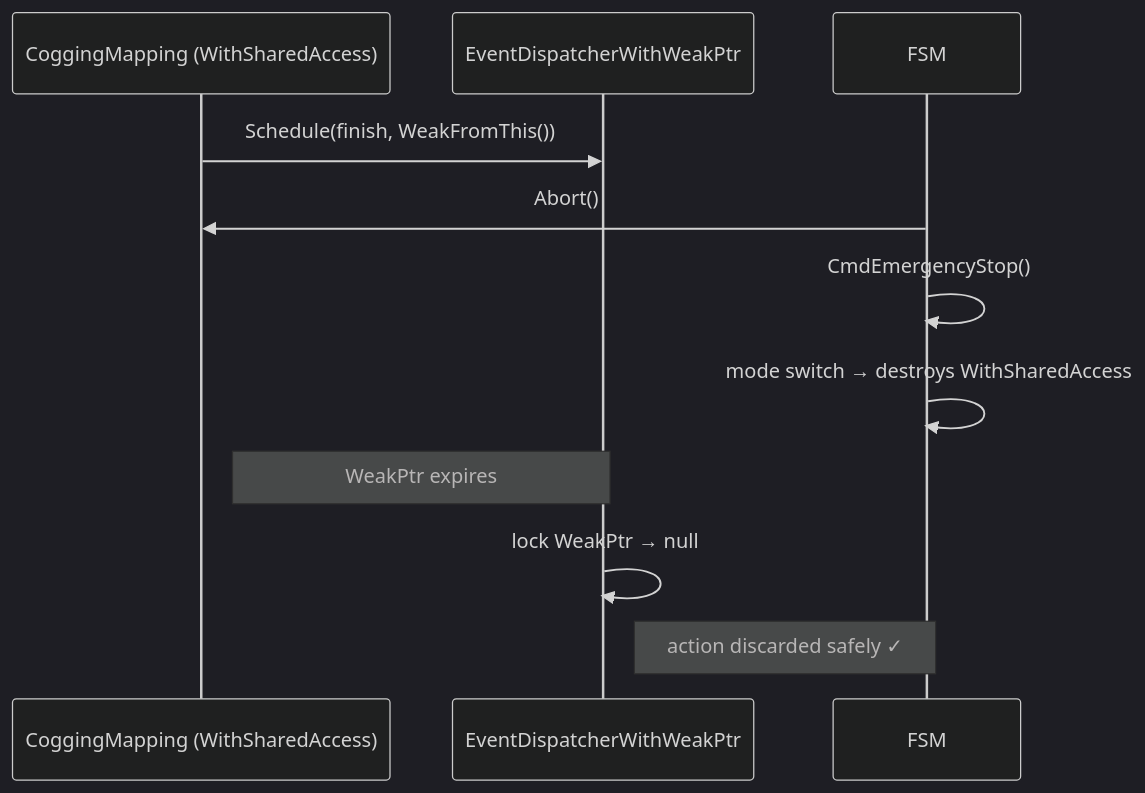
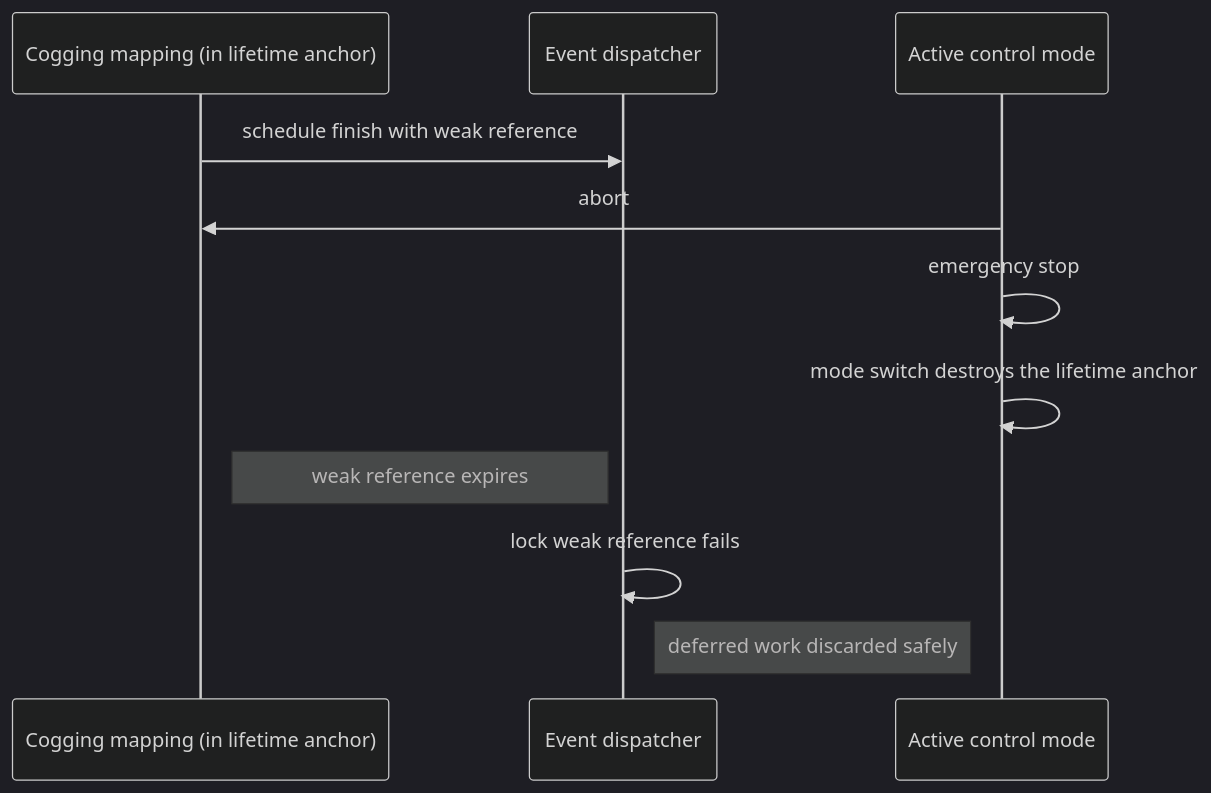
One commit to embedded-pro/e-foc changed the sixth of 6 diagrams in documentation/design/async-callback-lifetime.md. Above: the diagram before and after it, drawn with Mermaid (dark theme). The commit also changed other lines of this file and 37 other files, not shown here.

````diff
--- a/documentation/design/async-callback-lifetime.md
+++ b/documentation/design/async-callback-lifetime.md
@@ -183,14 +183,14 @@
 ```mermaid
 sequenceDiagram
-    participant Mapping as CoggingMapping (WithSharedAccess)
-    participant ED as EventDispatcherWithWeakPtr
-    participant FSM
+    participant Mapping as Cogging mapping (in lifetime anchor)
+    participant Dispatcher as Event dispatcher
+    participant FSM as Active control mode
 
-    Mapping->>ED: Schedule(finish, WeakFromThis())
-    FSM->>Mapping: Abort()
-    FSM->>FSM: CmdEmergencyStop()
-    FSM->>FSM: mode switch → destroys WithSharedAccess
-    Note right of Mapping: WeakPtr expires
-    ED->>ED: lock WeakPtr → null
-    Note right of ED: action discarded safely ✓
+    Mapping->>Dispatcher: schedule finish with weak reference
+    FSM->>Mapping: abort
+    FSM->>FSM: emergency stop
+    FSM->>FSM: mode switch destroys the lifetime anchor
+    Note right of Mapping: weak reference expires
+    Dispatcher->>Dispatcher: lock weak reference fails
+    Note right of Dispatcher: deferred work discarded safely
 ```
````
